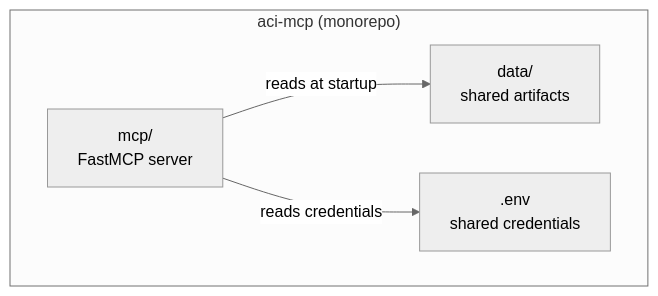
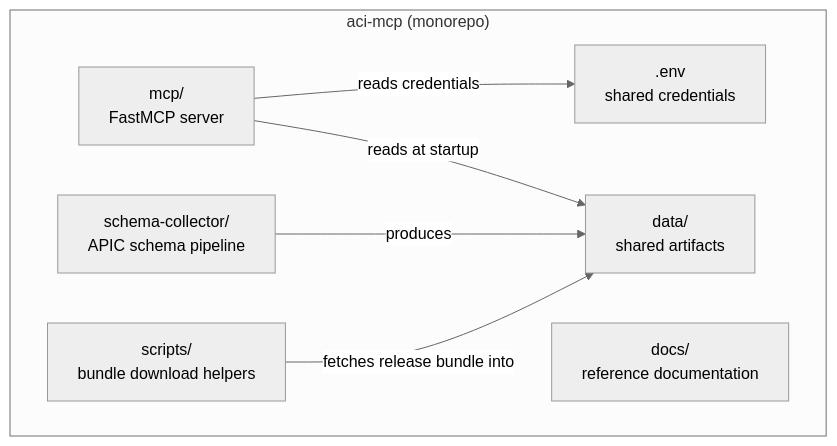
The first of 3 diagrams in docs/architecture/overview.md (k3l0-dev/aci-mcp), drawn with Mermaid (neutral theme) before and after one commit. The commit also changed other lines of this file and 19 other files, not shown here.

````diff
--- a/docs/architecture/overview.md
+++ b/docs/architecture/overview.md
@@ -13,11 +13,16 @@
 ```mermaid
 graph TD
     subgraph repo["aci-mcp (monorepo)"]
         mcp["mcp/\nFastMCP server"]
+        collector["schema-collector/\nAPIC schema pipeline"]
         data["data/\nshared artifacts"]
         env[".env\nshared credentials"]
+        docs["docs/\nreference documentation"]
+        scripts["scripts/\nbundle download helpers"]
     end
 
+    collector -->|"produces"| data
     mcp -->|"reads at startup"| data
     mcp -->|"reads credentials"| env
+    scripts -->|"fetches release bundle into"| data
 ```
````
